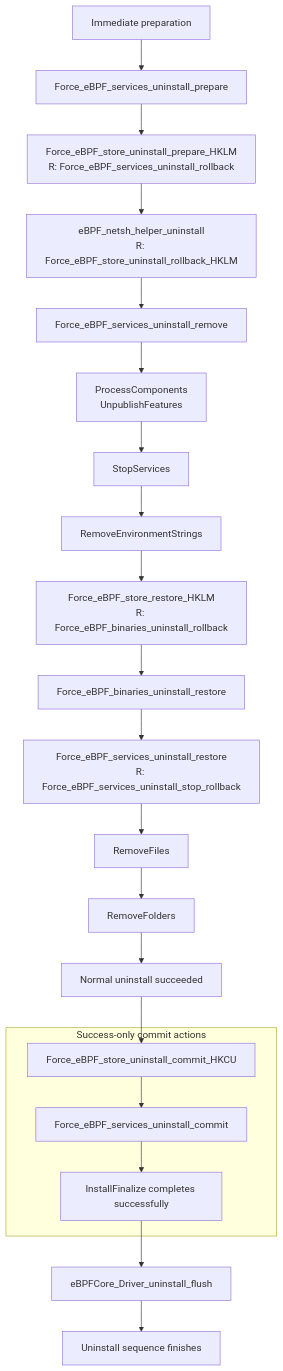
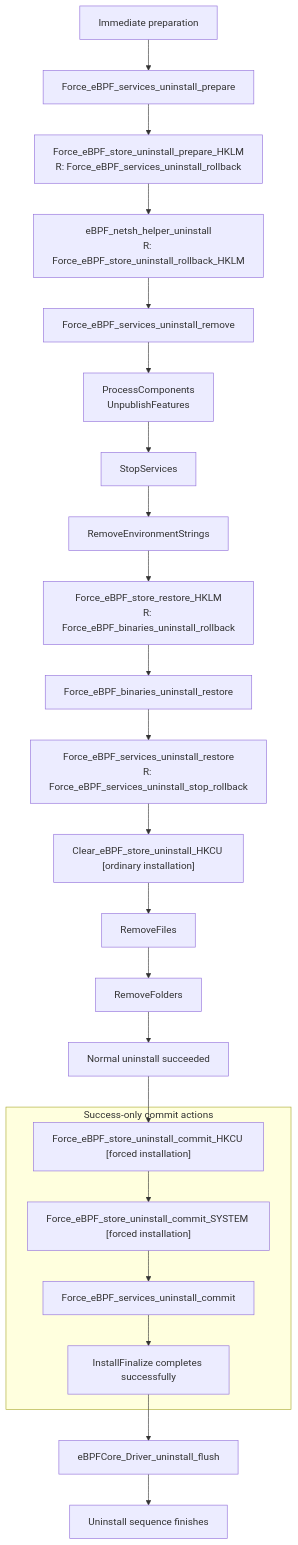
The second of 3 diagrams in docs/MsiForcedInstallation.md (microsoft/ebpf-for-windows), drawn with Mermaid before and after one commit. The commit also changed other lines of this file and 2 other files, not shown here.

First line of the commit message:
Fix MSI registry cleanup and disabled-service repair recovery

````diff
--- a/docs/MsiForcedInstallation.md
+++ b/docs/MsiForcedInstallation.md
@@ -130,36 +135,38 @@
 ```mermaid
 flowchart TD
     Prep["Immediate preparation"]
 
         ServiceSnapshot["Force_eBPF_services_uninstall_prepare"]
         MachineSnapshot["Force_eBPF_store_uninstall_prepare_HKLM<br/>R: Force_eBPF_services_uninstall_rollback"]
         Netsh["eBPF_netsh_helper_uninstall<br/>R: Force_eBPF_store_uninstall_rollback_HKLM"]
         ServiceRemove["Force_eBPF_services_uninstall_remove"]
         Components["ProcessComponents<br/>UnpublishFeatures"]
         StandardStop["StopServices"]
         Environment["RemoveEnvironmentStrings"]
         MachineRestore["Force_eBPF_store_restore_HKLM<br/>R: Force_eBPF_binaries_uninstall_rollback"]
         BinaryRestore["Force_eBPF_binaries_uninstall_restore"]
         ServiceRestore["Force_eBPF_services_uninstall_restore<br/>R: Force_eBPF_services_uninstall_stop_rollback"]
+        OrdinaryUserCleanup["Clear_eBPF_store_uninstall_HKCU [ordinary installation]"]
         Files["RemoveFiles"]
         Folders["RemoveFolders"]
         NormalSuccess["Normal uninstall succeeded"]
 
         ServiceSnapshot --> MachineSnapshot --> Netsh
         Netsh --> ServiceRemove --> Components
         Components --> StandardStop --> Environment --> MachineRestore
-        MachineRestore --> BinaryRestore --> ServiceRestore --> Files
+        MachineRestore --> BinaryRestore --> ServiceRestore --> OrdinaryUserCleanup --> Files
         Files --> Folders --> NormalSuccess
     Prep --> ServiceSnapshot
 
     subgraph Commit["Success-only commit actions"]
-        UserCleanup["Force_eBPF_store_uninstall_commit_HKCU"]
+        UserCleanup["Force_eBPF_store_uninstall_commit_HKCU [forced installation]"]
+        SystemCleanup["Force_eBPF_store_uninstall_commit_SYSTEM [forced installation]"]
         ServiceCleanup["Force_eBPF_services_uninstall_commit"]
         Finished["InstallFinalize completes successfully"]
-        UserCleanup --> ServiceCleanup --> Finished
+        UserCleanup --> SystemCleanup --> ServiceCleanup --> Finished
     end
 
     NormalSuccess --> UserCleanup
     Finished --> Query["eBPFCore_Driver_uninstall_flush"]
     Query --> Done["Uninstall sequence finishes"]
 ```
````
